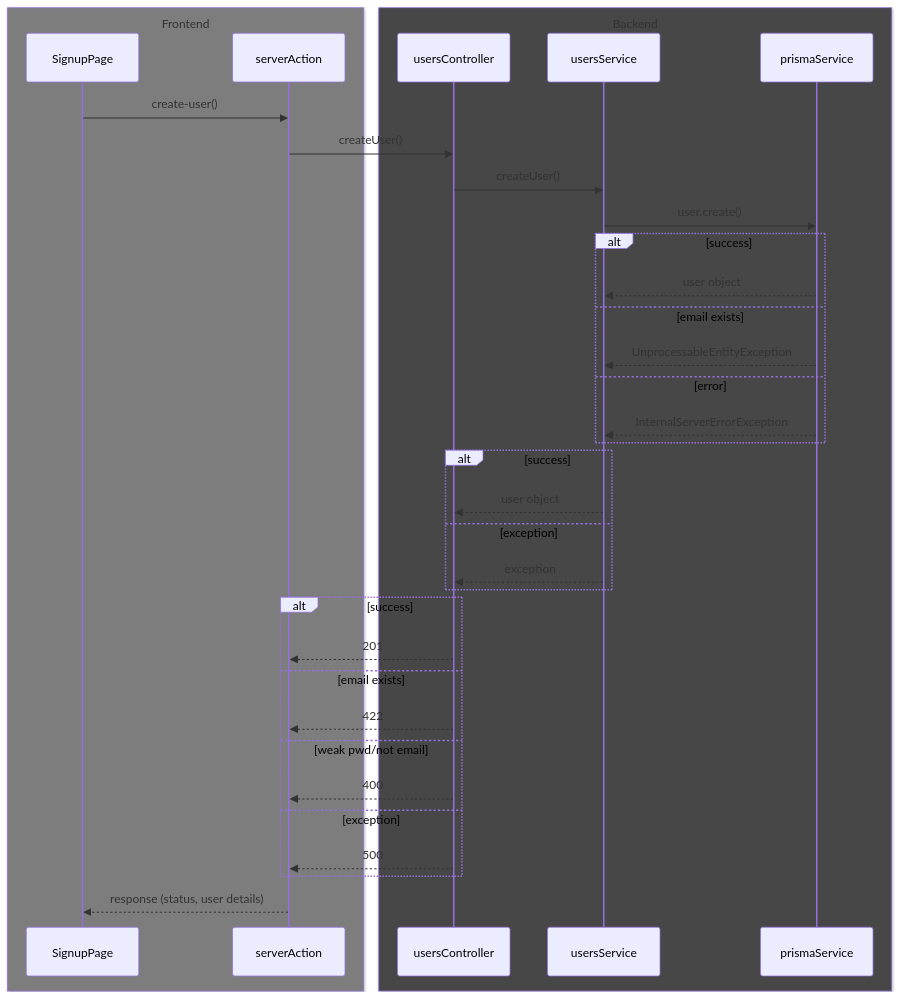
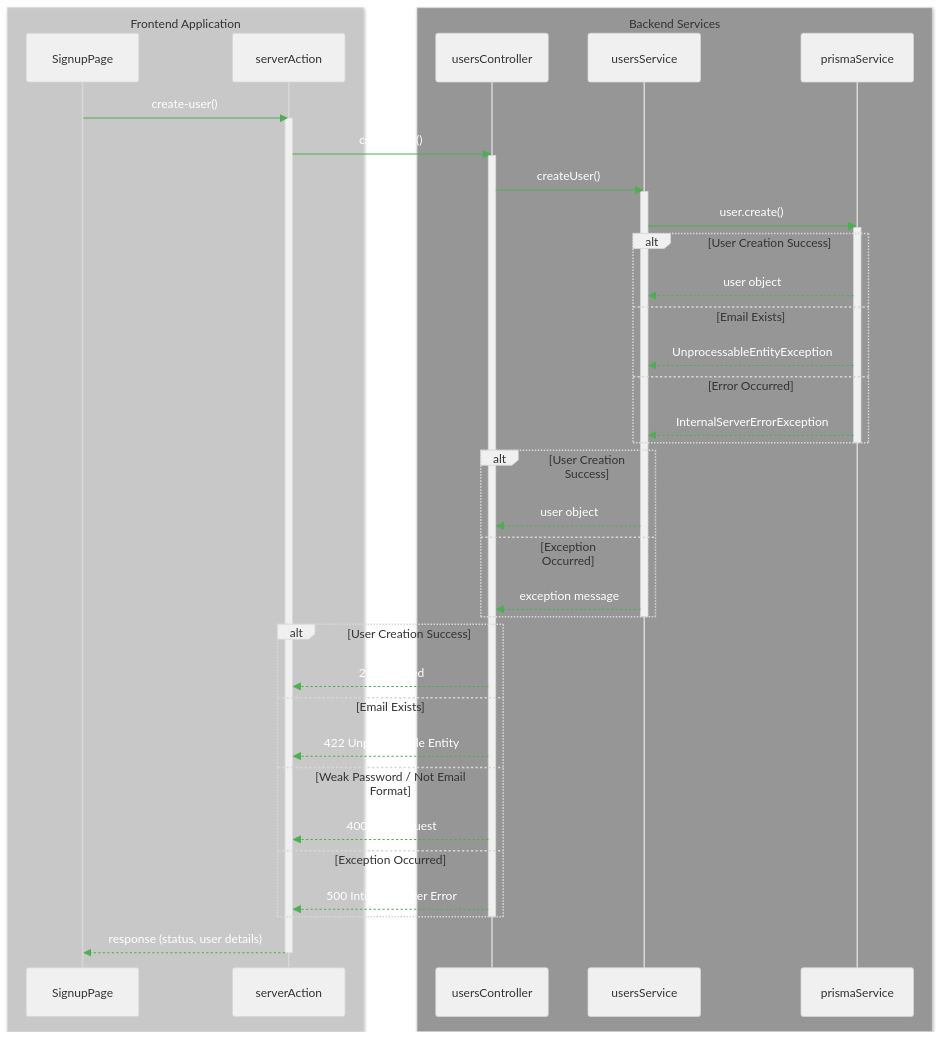
The diagram in docs/sequence_diagrams/signup.md (ranganadh2014/my-mart-be), drawn with Mermaid before and after one commit.

Commit message:
added improvements to signup sequence diagram

````diff
--- a/docs/sequence_diagrams/signup.md
+++ b/docs/sequence_diagrams/signup.md
@@ -1,38 +1,60 @@
 ```mermaid
 sequenceDiagram
-    box rgb(125, 125, 125) Frontend
-    participant SignupPage
-    participant serverAction
+    %%{init: {'theme': 'base', 'themeVariables': { 'primaryColor': '#f0f0f0', 'signalColor': '#4CAF50', 'signalTextColor': '#ffffff'}}}%%
+    
+    box rgb(200, 200, 200) Frontend Application
+        participant SignupPage
+        participant serverAction
     end
-    box rgb(71, 71, 71) Backend
-    participant usersController
-    participant usersService
-    participant prismaService
+    
+    box rgb(150, 150, 150) Backend Services
+        participant usersController
+        participant usersService
+        participant prismaService
     end
+    
     SignupPage->>serverAction: create-user()
+    activate serverAction
+    
     serverAction->>usersController: createUser()
+    activate usersController
+    
     usersController->>usersService: createUser()
+    activate usersService
+    
     usersService->>prismaService: user.create()
-    alt success 
-    prismaService-->>usersService: user object
-    else email exists
-    prismaService-->>usersService: UnprocessableEntityException
-    else error
-    prismaService-->>usersService: InternalServerErrorException
-    end  
-    alt success 
-    usersService-->>usersController: user object
-    else exception
-    usersService-->>usersController: exception
-    end    
-    alt success 
-    usersController-->>serverAction: 201
-    else email exists
-    usersController-->>serverAction: 422
-    else weak pwd/not email
-    usersController-->>serverAction: 400
-    else exception
-    usersController-->>serverAction: 500
+    activate prismaService
+    
+    alt User Creation Success
+        prismaService-->>usersService: user object
+    else Email Exists
+        prismaService-->>usersService: UnprocessableEntityException
+    else Error Occurred
+        prismaService-->>usersService: InternalServerErrorException
     end
+    
+    deactivate prismaService
+    
+    alt User Creation Success
+        usersService-->>usersController: user object
+    else Exception Occurred
+        usersService-->>usersController: exception message
+    end
+    
+    deactivate usersService
+    
+    alt User Creation Success
+        usersController-->>serverAction: 201 Created
+    else Email Exists
+        usersController-->>serverAction: 422 Unprocessable Entity
+    else Weak Password / Not Email Format
+        usersController-->>serverAction: 400 Bad Request
+    else Exception Occurred
+        usersController-->>serverAction: 500 Internal Server Error
+    end
+    
+    deactivate usersController
+    
     serverAction-->>SignupPage: response (status, user details)
+    deactivate serverAction
 ```
````
